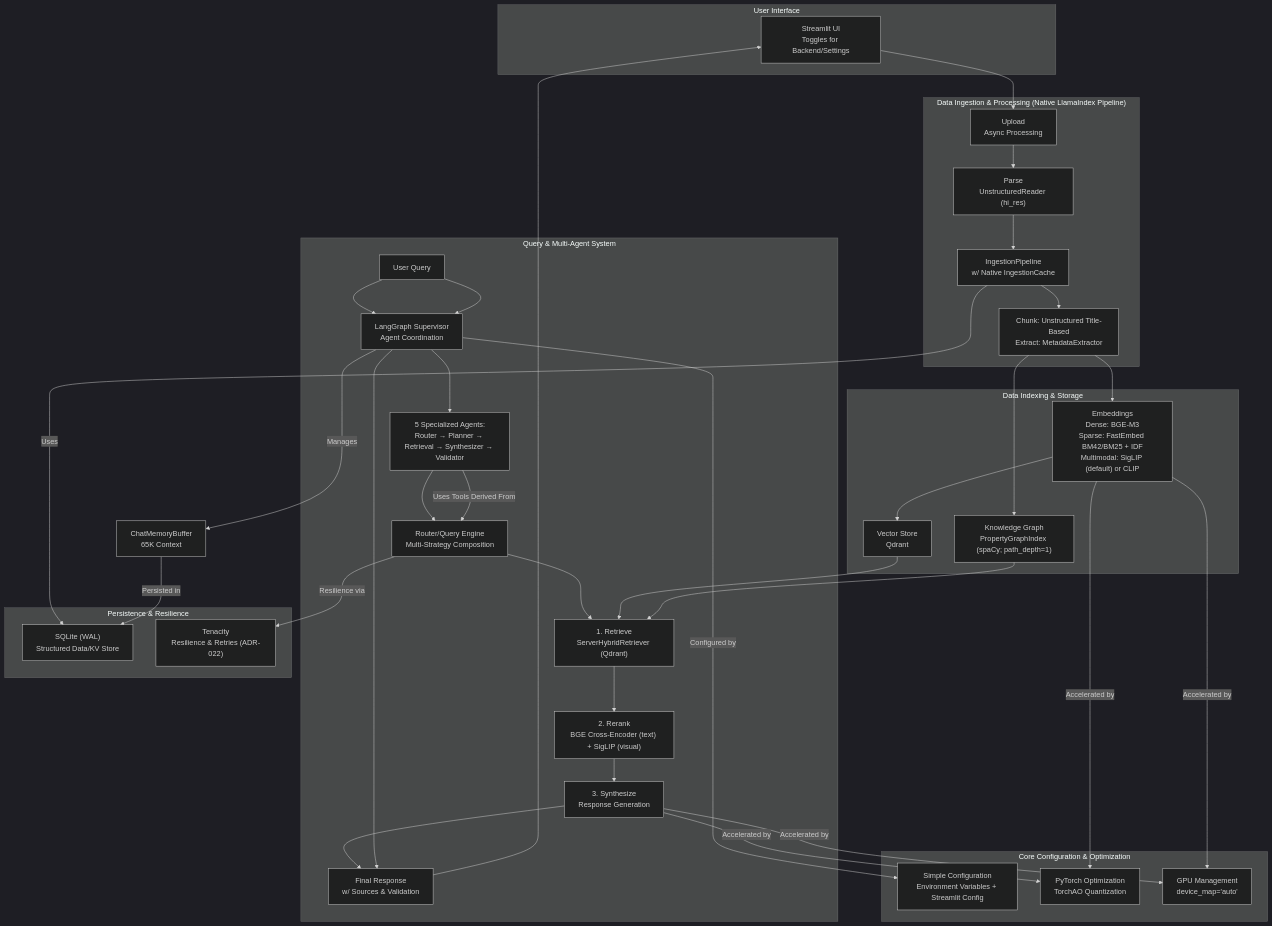
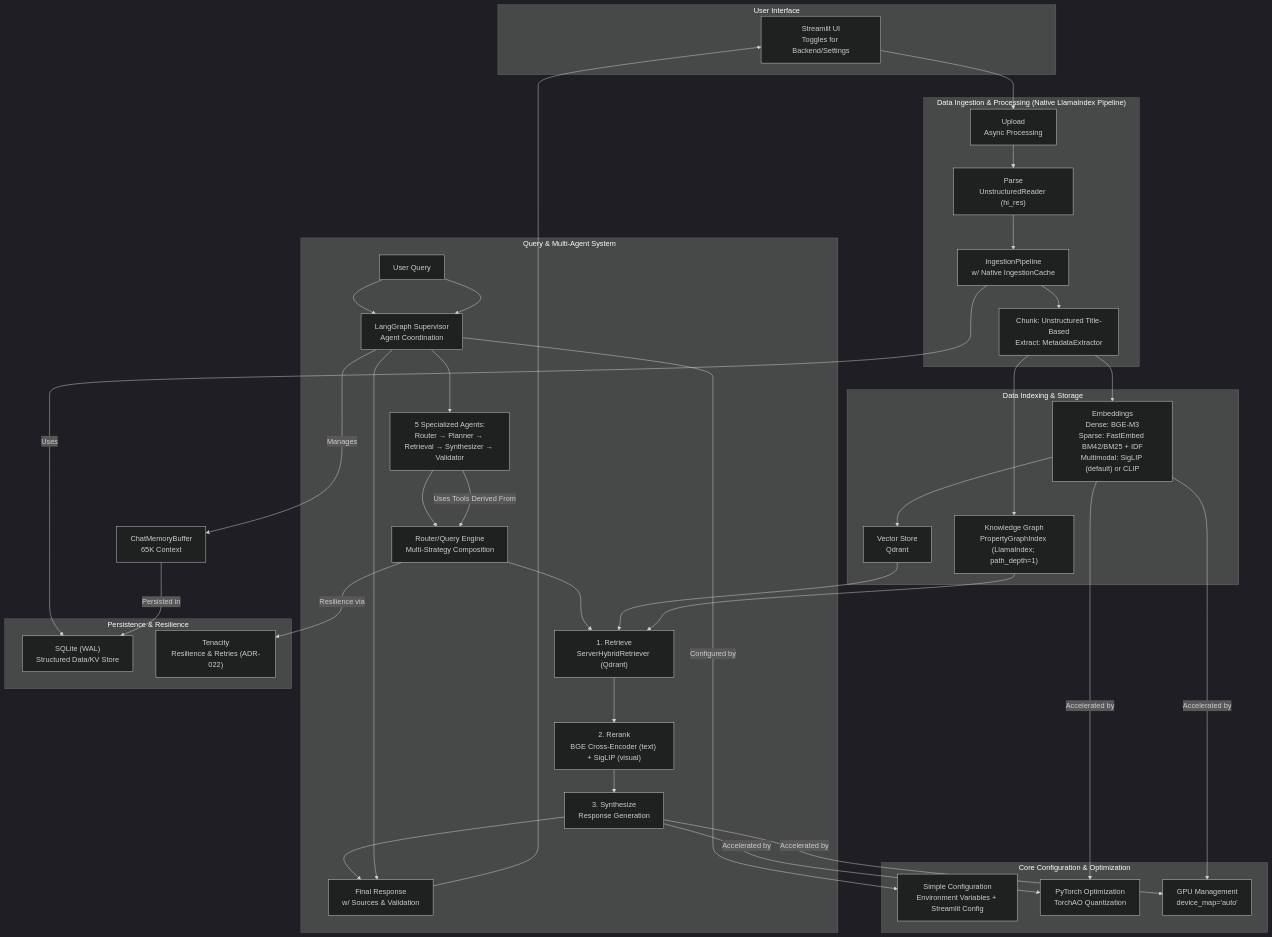
Before and after one commit to BjornMelin/docmind-ai-llm: the diagram in docs/PRD.md, drawn with Mermaid (dark theme). The commit also changed other lines of this file and 17 other files, not shown here.

````diff
--- a/docs/PRD.md
+++ b/docs/PRD.md
@@ -112,58 +112,58 @@
 ```mermaid
 graph TD
     subgraph "User Interface"
         A["Streamlit UI<br/>Toggles for Backend/Settings"]
     end
 
     subgraph "Data Ingestion & Processing (Native LlamaIndex Pipeline)"
         B["Upload<br/>Async Processing"] --> C["Parse<br/>UnstructuredReader (hi_res)"]
         C --> D["IngestionPipeline<br/>w/ Native IngestionCache"]
         D --> E["Chunk: Unstructured Title-Based<br/>Extract: MetadataExtractor"]
     end
 
     subgraph "Data Indexing & Storage"
         E --> F["Embeddings<br/>Dense: BGE‑M3<br/>Sparse: FastEmbed BM42/BM25 + IDF<br/>Multimodal: SigLIP (default) or CLIP"]
         F --> G["Vector Store<br/>Qdrant"]
-        E --> H["Knowledge Graph<br/>PropertyGraphIndex (spaCy; path_depth=1)"]
+        E --> H["Knowledge Graph<br/>PropertyGraphIndex (LlamaIndex; path_depth=1)"]
     end
 
     subgraph "Query & Multi-Agent System"
         I["User Query"] --> J["LangGraph Supervisor<br/>Agent Coordination"]
         J --> K["5 Specialized Agents:<br/>Router → Planner → Retrieval → Synthesizer → Validator"]
         K --> L["Router/Query Engine<br/>Multi-Strategy Composition"]
         L --> M["1. Retrieve<br/>ServerHybridRetriever (Qdrant)"]
         M --> N["2. Rerank<br/>BGE Cross-Encoder (text) + SigLIP (visual)"]
         N --> O["3. Synthesize<br/>Response Generation"]
         O --> P["Final Response<br/>w/ Sources & Validation"]
     end
 
     subgraph "Core Configuration & Optimization"
         R["Simple Configuration<br/>Environment Variables + Streamlit Config"]
         S["PyTorch Optimization<br/>TorchAO Quantization"]
         T["GPU Management<br/>device_map='auto'"]
     end
 
     subgraph "Persistence & Resilience"
         U["SQLite (WAL)<br/>Structured Data/KV Store"]
         V["Tenacity<br/>Resilience & Retries (ADR-022)"]
     end
 
     %% Connections
     A --> B
     I --> J
     J --> P --> A
 
     G --> M
     H --> M
 
     K -- Uses Tools Derived From --> L
     J -- Manages --> Q[ChatMemoryBuffer<br/>65K Context]
 
     %% Link to Core Systems
     J -- Configured by --> R
     F -- Accelerated by --> S & T
     O -- Accelerated by --> S & T
     D -- Uses --> U
     Q -- Persisted in --> U
     L -- Resilience via --> V
 ```
````
